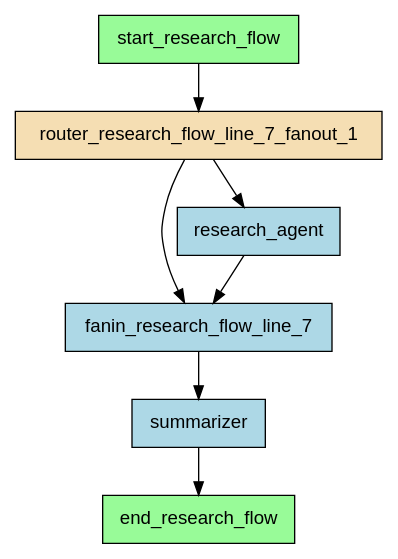
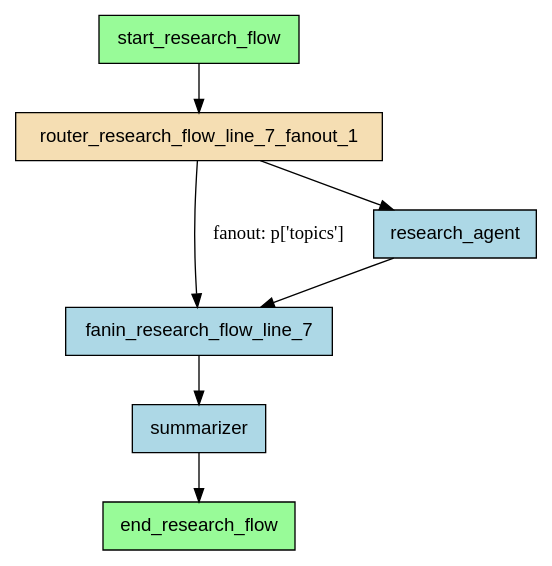
Before and after one commit to deliveryhero/asya: the diagram in src/asya-testing/asya_testing/flows/research_flow/compiled/flow.dot, drawn with Graphviz. The commit also changed 79 other files, not shown here.

First line of the commit message:
feat(analyzer): add fanout labels to router-to-aggregator edges

```diff
--- a/src/asya-testing/asya_testing/flows/research_flow/compiled/flow.dot
+++ b/src/asya-testing/asya_testing/flows/research_flow/compiled/flow.dot
@@ -1,18 +1,18 @@
 digraph "research_flow" {
     rankdir=TB;
     node [shape=box, style=filled, fontname="Helvetica"];
 
     end_research_flow [label="end_research_flow", fillcolor=palegreen];
     fanin_research_flow_line_7 [label="fanin_research_flow_line_7", fillcolor=lightblue];
     research_agent [label="research_agent", fillcolor=lightblue];
     router_research_flow_line_7_fanout_1 [label="router_research_flow_line_7_fanout_1", fillcolor=wheat];
     start_research_flow [label="start_research_flow", fillcolor=palegreen];
     summarizer [label="summarizer", fillcolor=lightblue];
 
     start_research_flow -> router_research_flow_line_7_fanout_1;
-    router_research_flow_line_7_fanout_1 -> fanin_research_flow_line_7;
+    router_research_flow_line_7_fanout_1 -> fanin_research_flow_line_7 [label="fanout: p['topics']"];
     fanin_research_flow_line_7 -> summarizer;
     router_research_flow_line_7_fanout_1 -> research_agent;
     research_agent -> fanin_research_flow_line_7;
     summarizer -> end_research_flow;
 }
```
